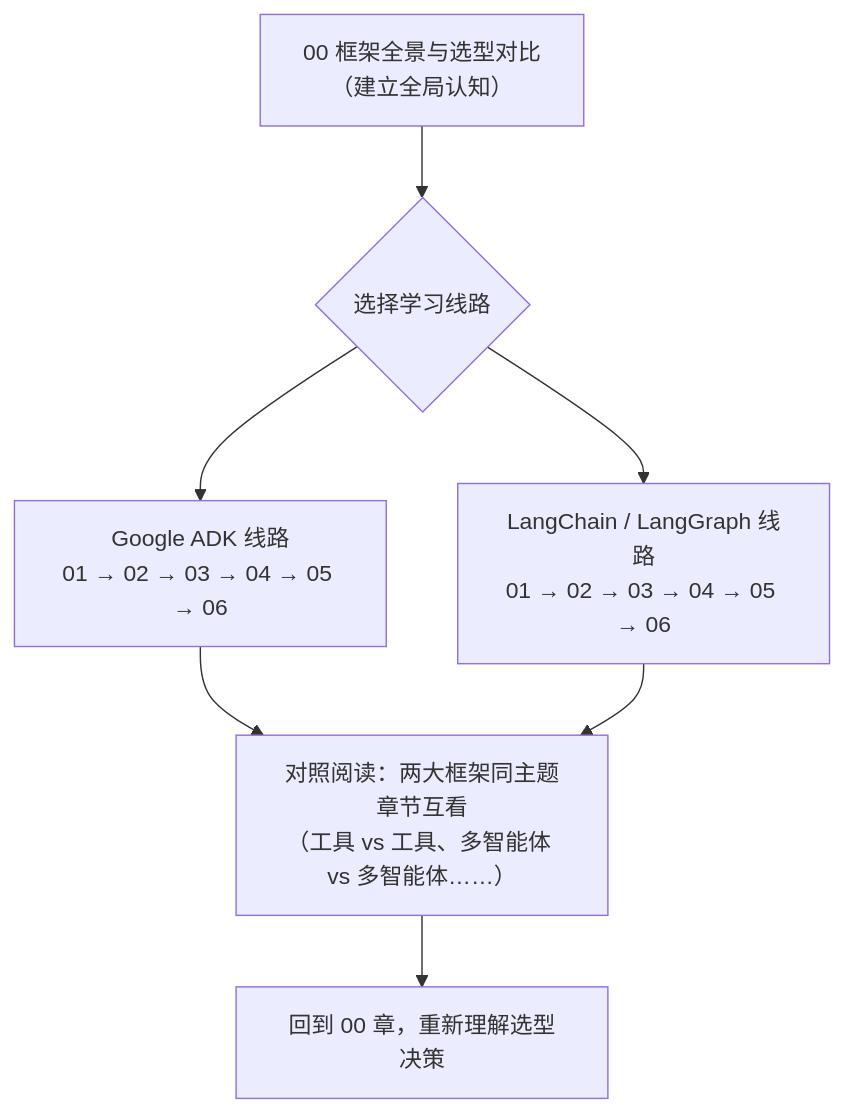
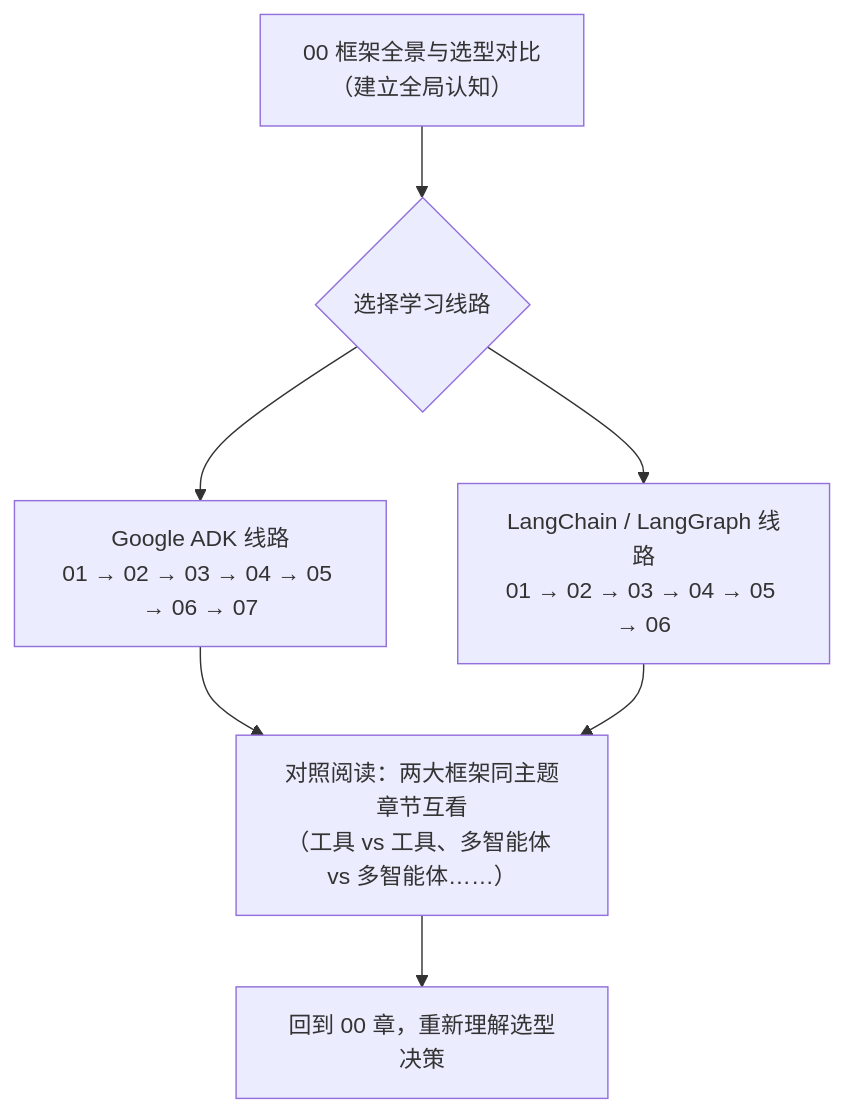
Before and after one commit to Daicy0213/agent-frameworks-learning-cn: the diagram in README.md, drawn with Mermaid. The commit also changed other lines of this file and 4 other files, not shown here.

Commit message:
feat: ADD google-adk dynamic workflow

````diff
--- a/README.md
+++ b/README.md
@@ -95,9 +96,9 @@
 ```mermaid
 flowchart TD
     A["00 框架全景与选型对比<br/>（建立全局认知）"] --> B{"选择学习线路"}
-    B --> C["Google ADK 线路<br/>01 → 02 → 03 → 04 → 05 → 06"]
+    B --> C["Google ADK 线路<br/>01 → 02 → 03 → 04 → 05 → 06 → 07"]
     B --> D["LangChain / LangGraph 线路<br/>01 → 02 → 03 → 04 → 05 → 06"]
     C --> E["对照阅读：两大框架同主题章节互看<br/>（工具 vs 工具、多智能体 vs 多智能体……）"]
     D --> E
     E --> F["回到 00 章，重新理解选型决策"]
 ```
````
